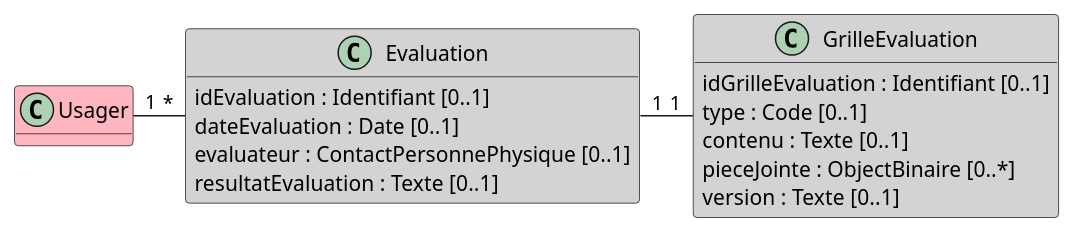
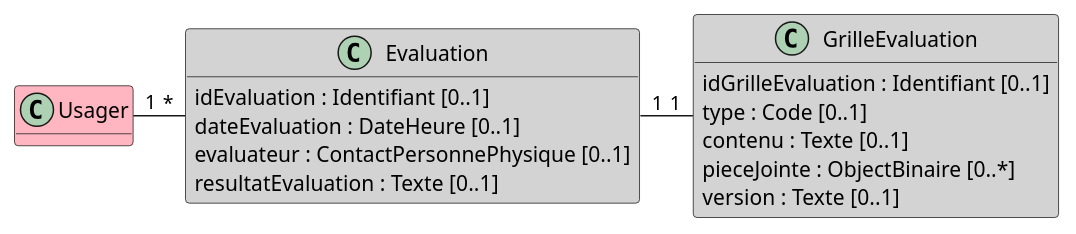
One commit to ansforge/IG-fhir-transfert-donnees-dui-esms changed the diagram in input/images-source/bloc_evaluation.plantuml. Above: the diagram before and after it, drawn with PlantUML. The commit also changed 1 other file, not shown here.

Commit message:
correction date evaluation

```diff
--- a/input/images-source/bloc_evaluation.plantuml
+++ b/input/images-source/bloc_evaluation.plantuml
@@ -1,25 +1,25 @@
 @startuml
 
 hide empty methods
 
 class Usager #LightPink
 
 class Evaluation #LightGray {
     idEvaluation : Identifiant [0..1]
-    dateEvaluation : Date [0..1]
+    dateEvaluation : DateHeure [0..1]
     evaluateur : ContactPersonnePhysique [0..1]
     resultatEvaluation : Texte [0..1]
 }
 
 class GrilleEvaluation #LightGray {
     idGrilleEvaluation : Identifiant [0..1]
     type : Code [0..1]
     contenu : Texte [0..1]
     pieceJointe : ObjectBinaire [0..*]
     version : Texte [0..1]
 }
 
 Usager "1" - "*" Evaluation
 Evaluation "1" - "1" GrilleEvaluation
 
 @enduml
```
